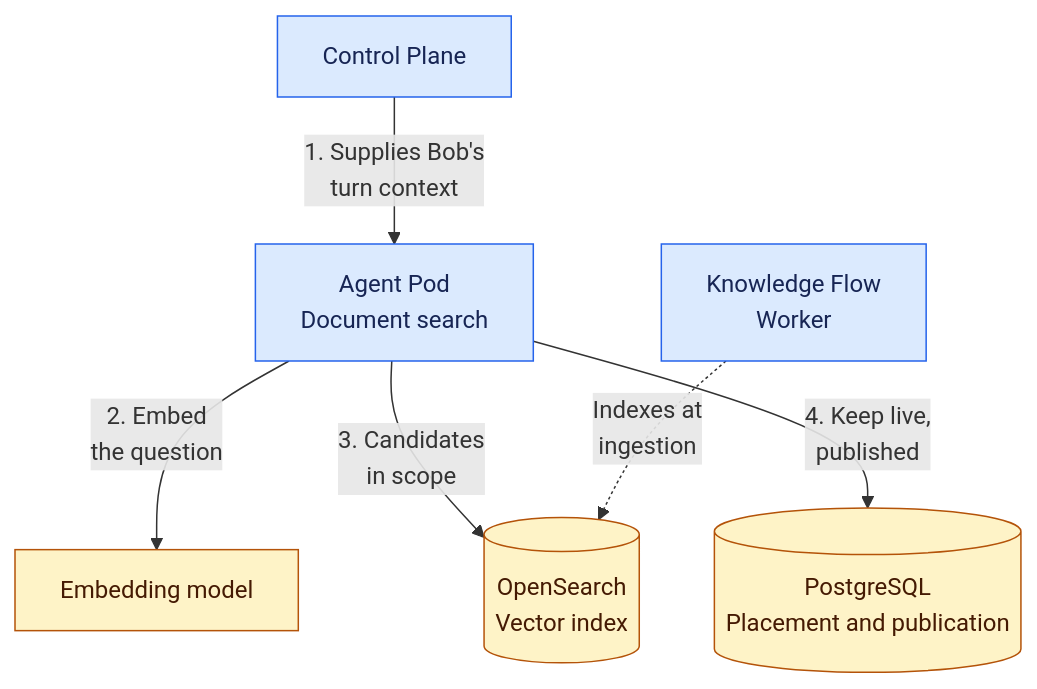
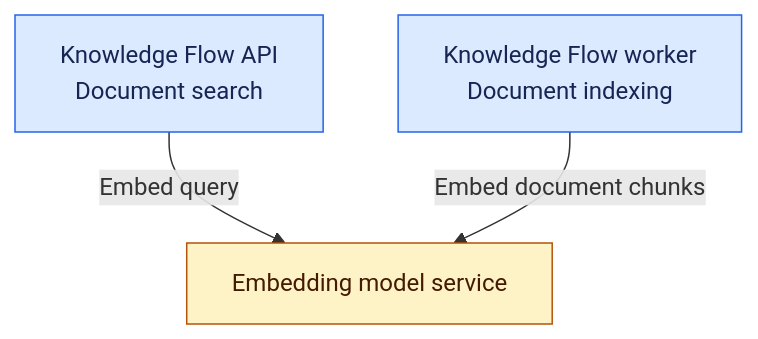
The sixth of 6 diagrams in docs/architecture/01-system-overview.md (ThalesGroup/fred), drawn with Mermaid before and after one commit. The commit also changed other lines of this file and 10 other files, not shown here.

````diff
--- a/docs/architecture/01-system-overview.md
+++ b/docs/architecture/01-system-overview.md
@@ -101,19 +192,13 @@
 ```mermaid
 flowchart TB
-    pod["Agent Pod<br/>Document search"]
-    cp["Control Plane"]
-    embed["Embedding model"]
-    os[("OpenSearch<br/>Vector index")]
-    pg[("PostgreSQL<br/>Placement and publication")]
-    kf["Knowledge Flow<br/>Worker"]
-    cp -->|"1. Supplies Bob's<br/>turn context"| pod
-    pod -->|"2. Embed<br/>the question"| embed
-    pod -->|"3. Candidates<br/>in scope"| os
-    pod -->|"4. Keep live,<br/>published"| pg
-    kf -.->|"Indexes at<br/>ingestion"| os
+    kfa["Knowledge Flow API<br/>Document search"]
+    kfw["Knowledge Flow worker<br/>Document indexing"]
+    embed["Embedding model service"]
+    kfa -->|"Embed query"| embed
+    kfw -->|"Embed document chunks"| embed
 
     classDef fred fill:#DBEAFE,stroke:#2563EB,color:#172554
     classDef cots fill:#FEF3C7,stroke:#B45309,color:#451A03
-    class pod,cp,kf fred
-    class embed,os,pg cots
+    class kfa,kfw fred
+    class embed cots
 ```
````
